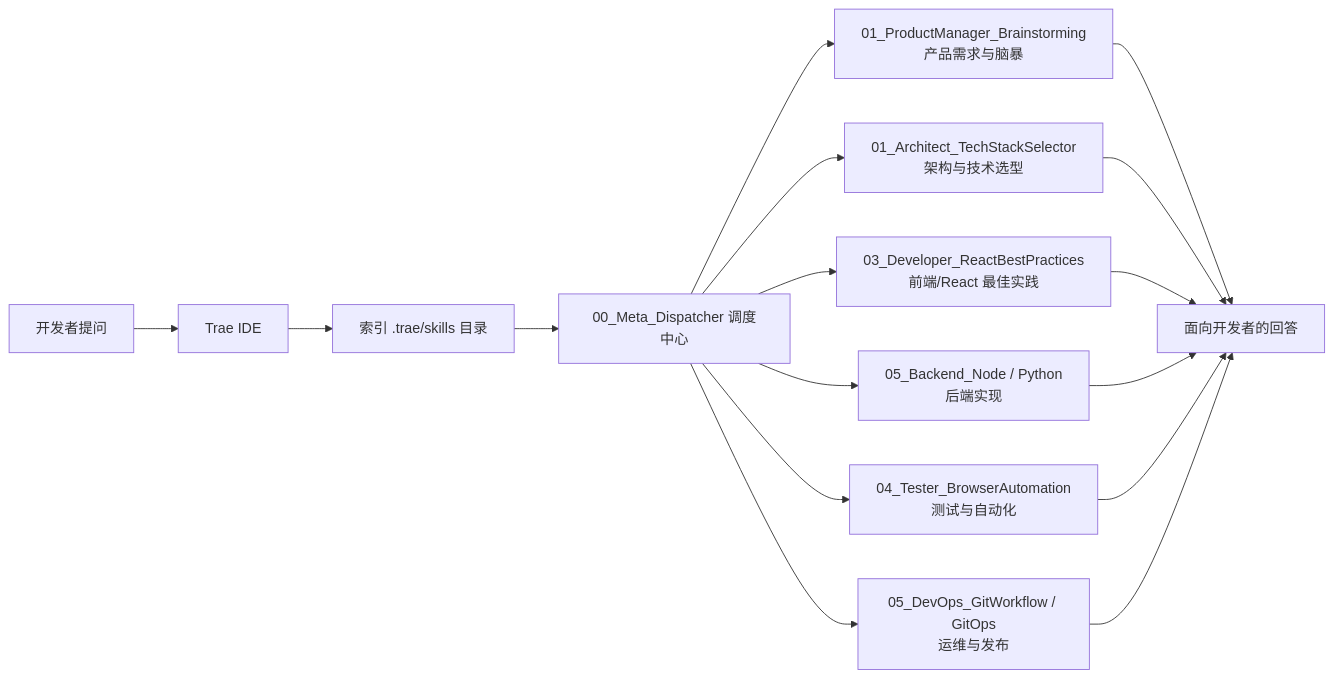
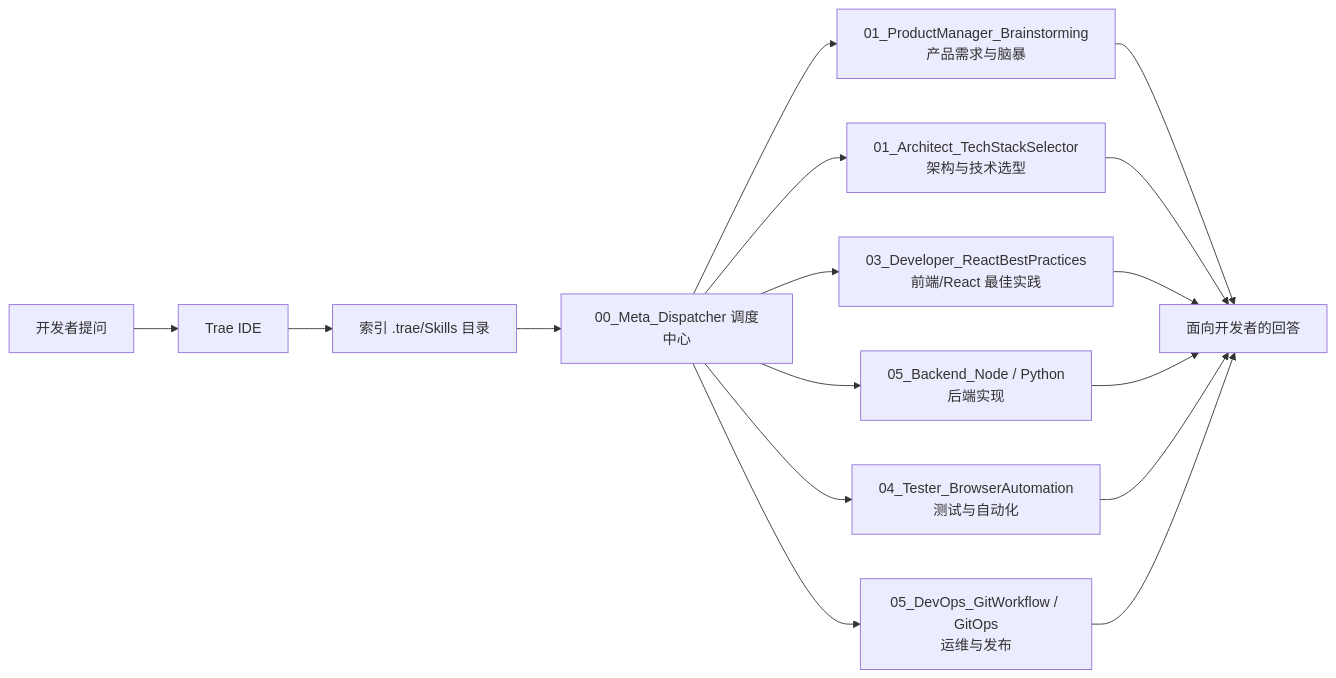
One commit to boshi-xixixi/TraeSkill changed the first of 2 diagrams in README.md. Above: the diagram before and after it, drawn with Mermaid. The commit also changed other lines of this file and 2 other files, not shown here.

````diff
--- a/README.md
+++ b/README.md
@@ -41,20 +41,20 @@
 ```mermaid
 flowchart LR
     U[开发者提问] --> T[Trae IDE]
-    T --> I[索引 .trae/skills 目录]
+    T --> I[索引 .trae/Skills 目录]
     I --> D[00_Meta_Dispatcher 调度中心]
 
     D --> P[01_ProductManager_Brainstorming<br/>产品需求与脑暴]
     D --> A[01_Architect_TechStackSelector<br/>架构与技术选型]
     D --> F[03_Developer_ReactBestPractices<br/>前端/React 最佳实践]
     D --> B[05_Backend_Node / Python<br/>后端实现]
     D --> QA[04_Tester_BrowserAutomation<br/>测试与自动化]
     D --> O[05_DevOps_GitWorkflow / GitOps<br/>运维与发布]
 
     P --> OUT[面向开发者的回答]
     A --> OUT
     F --> OUT
     B --> OUT
     QA --> OUT
     O --> OUT
 ```
````
